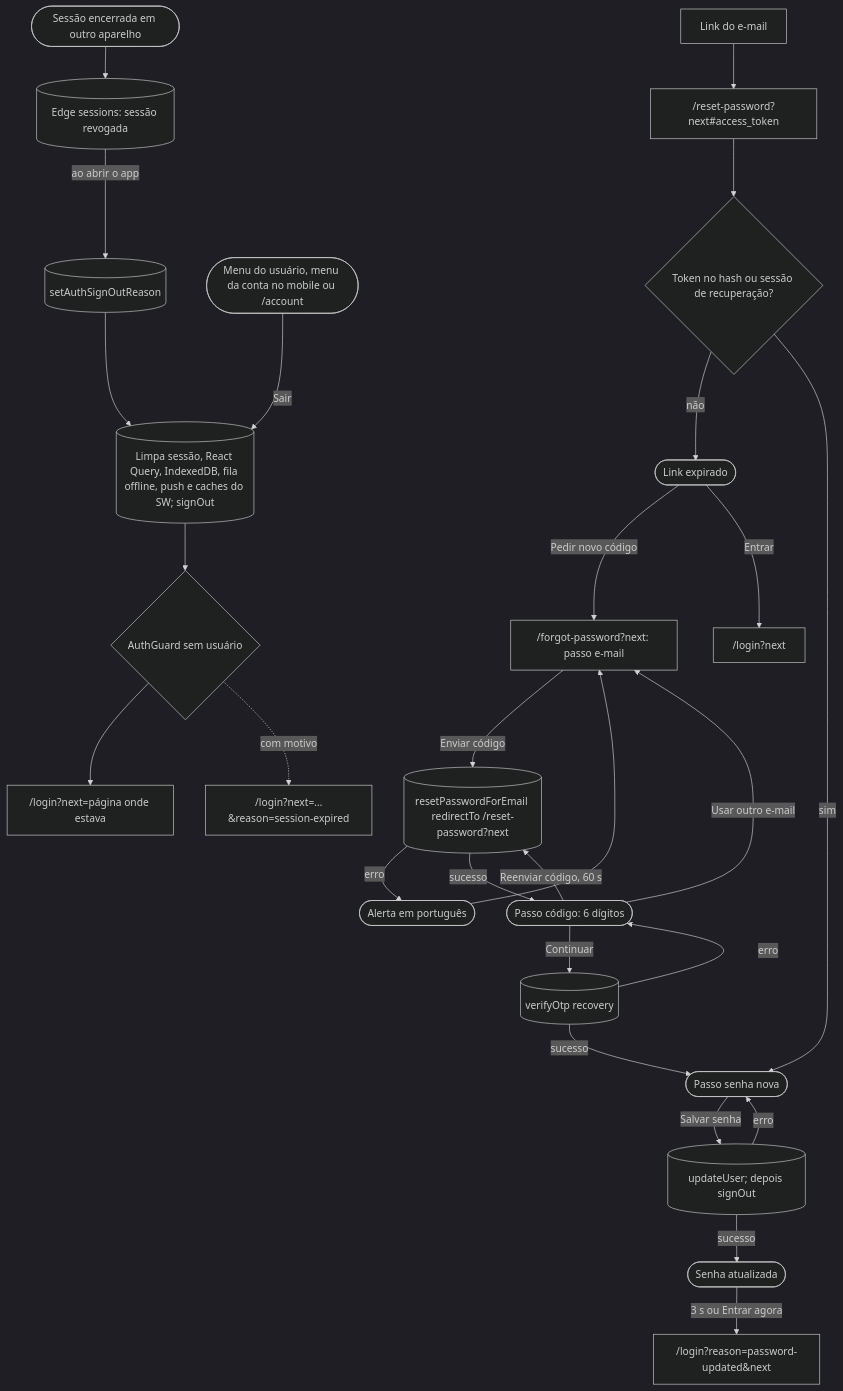
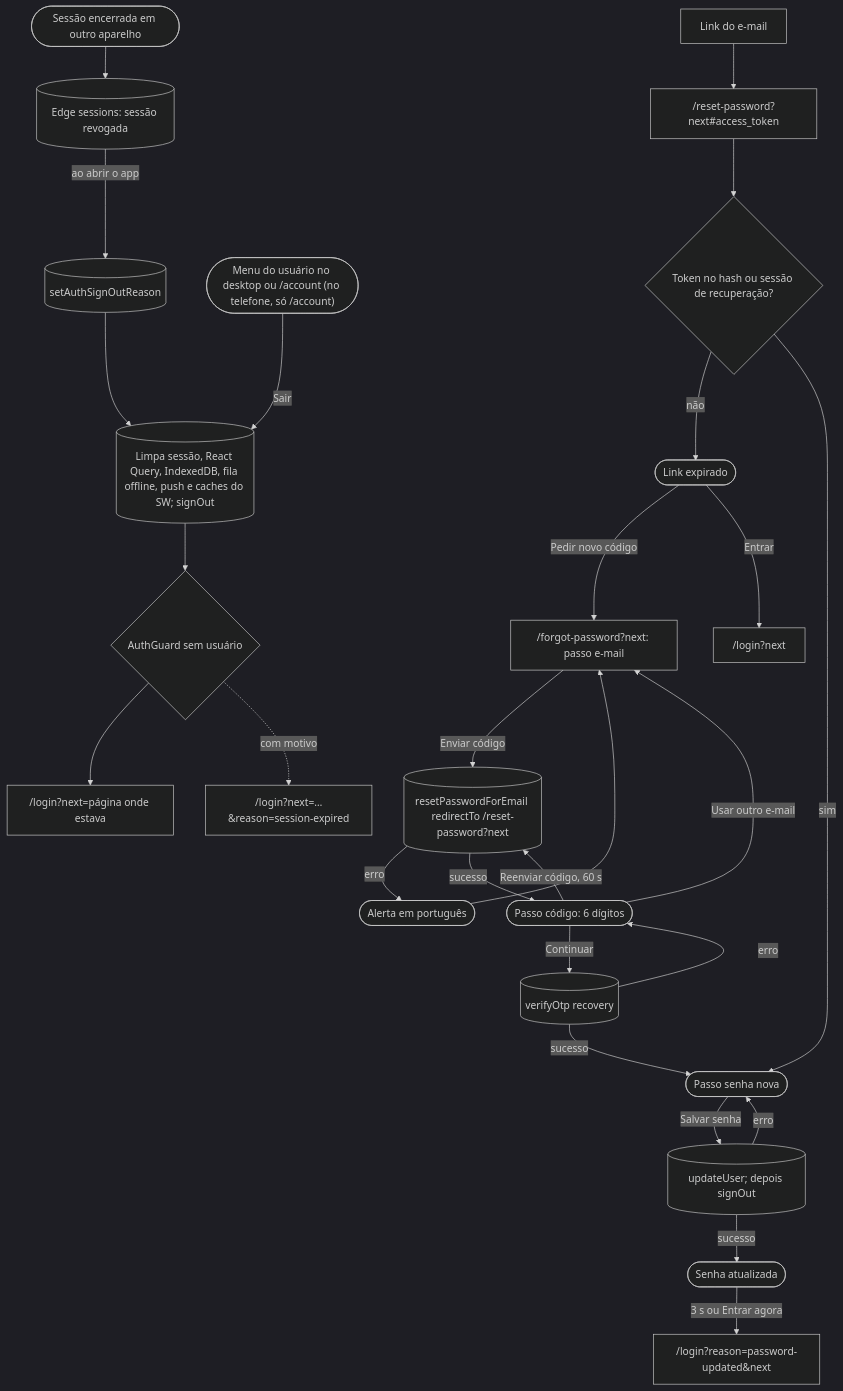
One commit to kauax2000/finance_app changed the third of 14 diagrams in docs/JORNADAS.md. Above: the diagram before and after it, drawn with Mermaid. The commit also changed other lines of this file and 60 other files, not shown here.

First line of the commit message:
feat(ds): sobreposições no gesto do menu, menu "Mais" no telefone e lançamento revisto

````diff
--- a/docs/JORNADAS.md
+++ b/docs/JORNADAS.md
@@ -171,30 +171,30 @@
 ```mermaid
 %%{init: {"theme": "dark"}}%%
 flowchart TD
     forgot["/forgot-password?next: passo e-mail"] -->|"Enviar código"| resetMail[("resetPasswordForEmail redirectTo /reset-password?next")]
     resetMail -->|"erro"| forgotErr(["Alerta em português"]) --> forgot
     resetMail -->|"sucesso"| code(["Passo código: 6 dígitos"])
     code -->|"Usar outro e-mail"| forgot
     code -->|"Reenviar código, 60 s"| resetMail
     code -->|"Continuar"| verify[("verifyOtp recovery")]
     verify -->|"erro"| code
     verify -->|"sucesso"| newPass(["Passo senha nova"])
     newPass -->|"Salvar senha"| update[("updateUser; depois signOut")]
     update -->|"erro"| newPass
     update -->|"sucesso"| done(["Senha atualizada"]) -->|"3 s ou Entrar agora"| loginPwd["/login?reason=password-updated&next"]
 
     mailLink["Link do e-mail"] --> reset["/reset-password?next#access_token"]
     reset --> token{"Token no hash ou sessão de recuperação?"}
     token -->|"não"| expired(["Link expirado"])
     expired -->|"Pedir novo código"| forgot
     expired -->|"Entrar"| loginPlain["/login?next"]
     token -->|"sim"| newPass
 
-    menus(["Menu do usuário, menu da conta no mobile ou /account"]) -->|"Sair"| signout[("Limpa sessão, React Query, IndexedDB, fila offline, push e caches do SW; signOut")]
+    menus(["Menu do usuário no desktop ou /account (no telefone, só /account)"]) -->|"Sair"| signout[("Limpa sessão, React Query, IndexedDB, fila offline, push e caches do SW; signOut")]
     signout --> guardOut{"AuthGuard sem usuário"}
     guardOut --> loginNext["/login?next=página onde estava"]
 
     other(["Sessão encerrada em outro aparelho"]) --> check[("Edge sessions: sessão revogada")]
     check -->|"ao abrir o app"| reason[("setAuthSignOutReason")] --> signout
     guardOut -.->|"com motivo"| loginReason["/login?next=…&reason=session-expired"]
 ```
````
